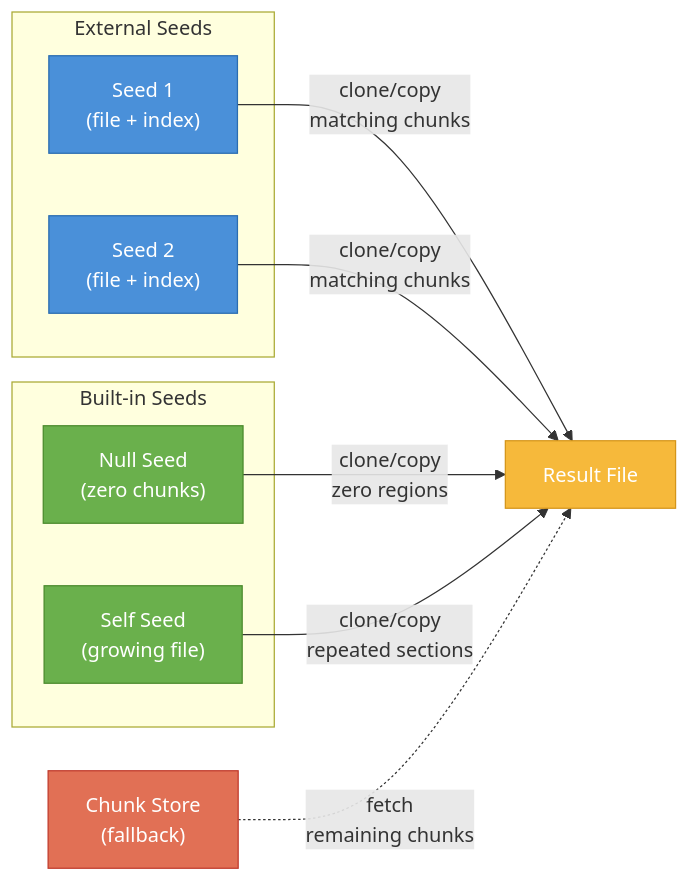
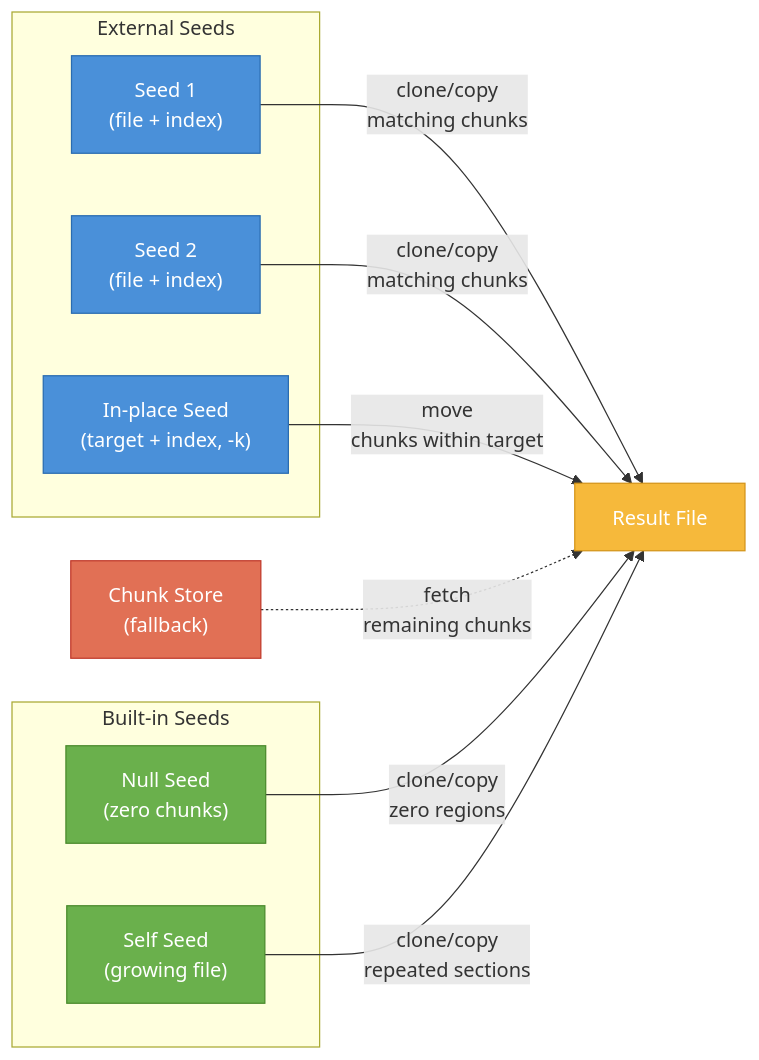
Before and after one commit to folbricht/desync: the diagram in docs/concepts.md, drawn with Mermaid. The commit also changed other lines of this file and 35 other files, not shown here.

````diff
--- a/docs/concepts.md
+++ b/docs/concepts.md
@@ -49,29 +54,32 @@
 ```mermaid
 graph LR
     subgraph "External Seeds"
         S1["Seed 1<br/>(file + index)"]
         S2["Seed 2<br/>(file + index)"]
+        IP["In-place Seed<br/>(target + index, -k)"]
     end
 
     subgraph "Built-in Seeds"
         NS["Null Seed<br/>(zero chunks)"]
         SS["Self Seed<br/>(growing file)"]
     end
 
     CS["Chunk Store<br/>(fallback)"]
 
     Result["Result File"]
 
     S1 -- "clone/copy<br/>matching chunks" --> Result
     S2 -- "clone/copy<br/>matching chunks" --> Result
     NS -- "clone/copy<br/>zero regions" --> Result
     SS -- "clone/copy<br/>repeated sections" --> Result
+    IP -- "move<br/>chunks within target" --> Result
     CS -. "fetch<br/>remaining chunks" .-> Result
 
     style S1 fill:#4a90d9,stroke:#2a6cb0,color:#fff
     style S2 fill:#4a90d9,stroke:#2a6cb0,color:#fff
     style NS fill:#6ab04c,stroke:#4a8a2c,color:#fff
     style SS fill:#6ab04c,stroke:#4a8a2c,color:#fff
+    style IP fill:#4a90d9,stroke:#2a6cb0,color:#fff
     style CS fill:#e17055,stroke:#c0392b,color:#fff
     style Result fill:#f6b93b,stroke:#d4951a,color:#fff
 ```
````
